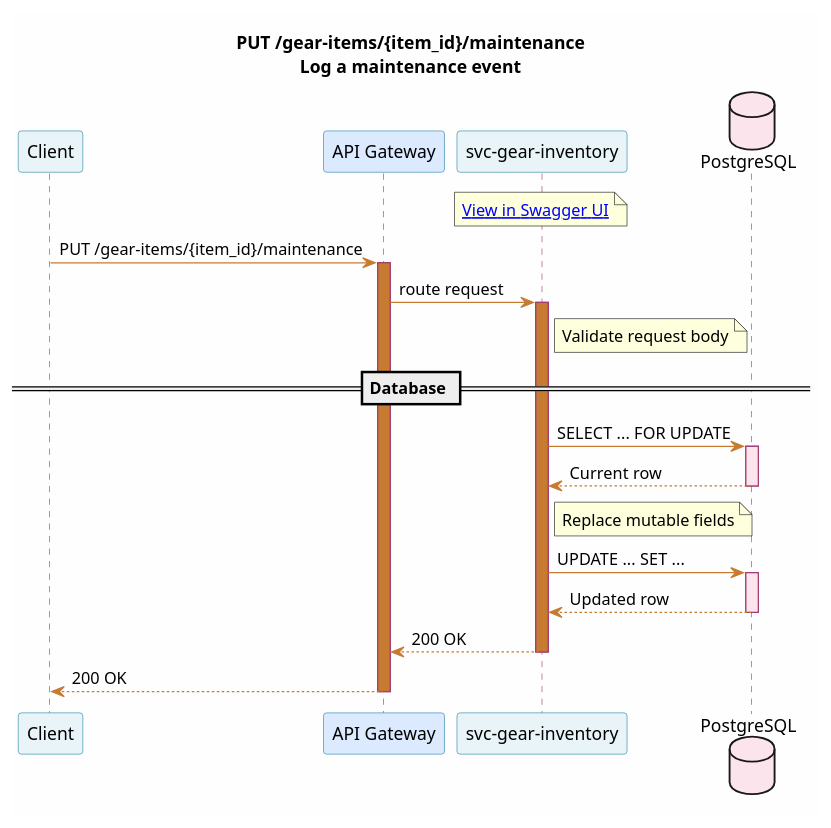
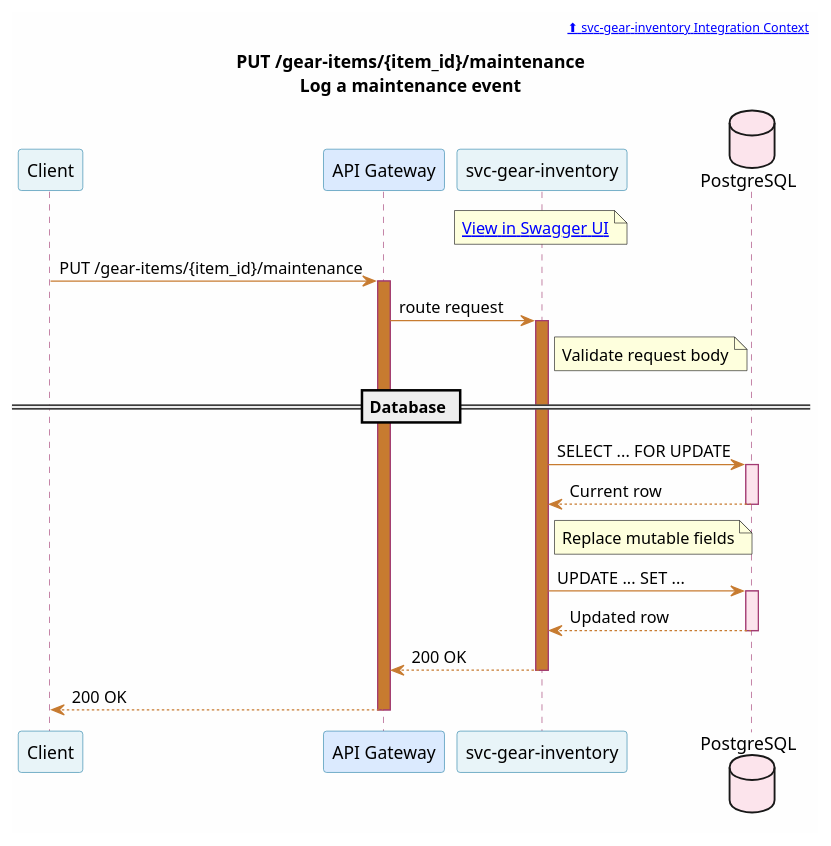
One commit to christopherblaisdell/continuous-architecture-platform-poc changed the diagram in portal/site/microservices/puml/svc-gear-inventory--put-gear-items-item_id-maintenance.puml. Above: the diagram before and after it, drawn with PlantUML. The commit also changed 733 other files, not shown here.

First line of the commit message:
Deployed. Every diagram now has a clickable ⬆ parent breadcrumb in the header. The full navigation chain:

```diff
--- a/portal/site/microservices/puml/svc-gear-inventory--put-gear-items-item_id-maintenance.puml
+++ b/portal/site/microservices/puml/svc-gear-inventory--put-gear-items-item_id-maintenance.puml
@@ -1,53 +1,55 @@
 @startuml svc-gear-inventory--put-gear-items-item_id-maintenance
 
 skinparam backgroundColor #FEFEFE
 skinparam shadowing false
 skinparam defaultFontName "Segoe UI"
 skinparam sequence {
     ArrowColor #c77b30
     ParticipantBorderColor #2E86AB
     ParticipantBackgroundColor #E8F4F8
     LifeLineBorderColor #A23B72
     BoxBorderColor #F18F01
     BoxBackgroundColor #FFF8F0
     NoteBorderColor #c77b30
     NoteBackgroundColor #FEF3E7
 }
+
+header [[/microservices/svc-gear-inventory/#integration-context ⬆ svc-gear-inventory Integration Context]]
 
 title PUT /gear-items/{item_id}/maintenance\nLog a maintenance event
 
 participant "Client" as Client
 participant "API Gateway" as GW #DBEAFE
 participant "svc-gear-inventory" as Svc [[/microservices/svc-gear-inventory/]] #E8F4F8
 database "PostgreSQL" as DB #FCE4EC
 
 note over Svc
   [[/services/api/svc-gear-inventory.html#/Maintenance/logMaintenanceEvent View in Swagger UI]]
 end note
 
 Client -> GW : PUT /gear-items/{item_id}/maintenance
 activate GW #c77b30
 GW -> Svc : route request
 activate Svc #c77b30
 
 note right of Svc : Validate request body
 
 == Database ==
 
 Svc -> DB : SELECT ... FOR UPDATE
 activate DB #FCE4EC
 DB --> Svc : Current row
 deactivate DB
 note right of Svc : Replace mutable fields
 
 Svc -> DB : UPDATE ... SET ...
 activate DB #FCE4EC
 DB --> Svc : Updated row
 deactivate DB
 
 Svc --> GW : 200 OK
 deactivate Svc
 GW --> Client : 200 OK
 deactivate GW
 
 @enduml
```
